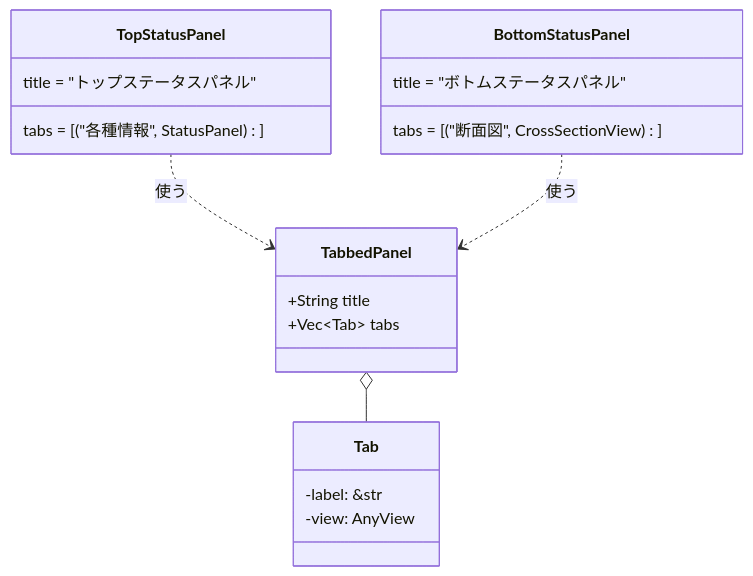
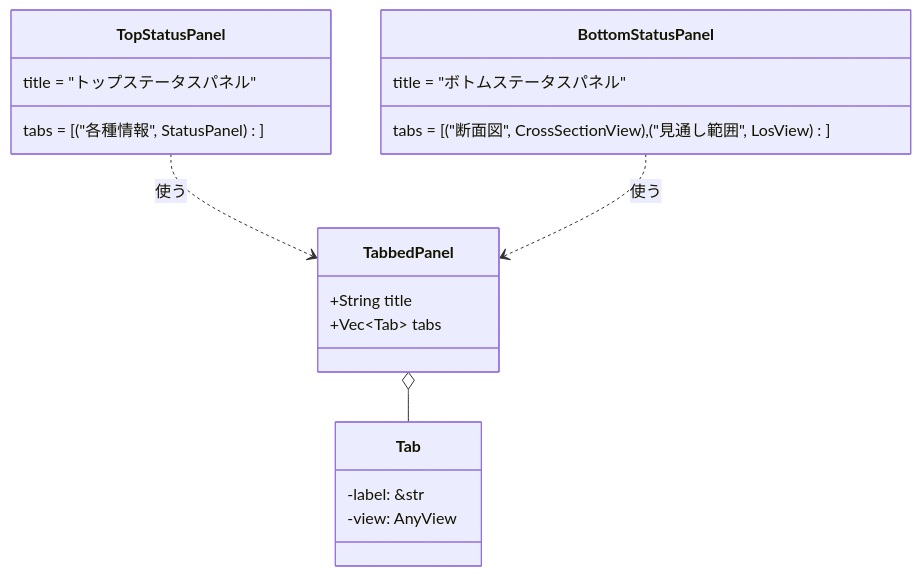
One commit to ham1a6/SimulationView changed diagram 16 of 17 in DETAILED_DESIGN.md. Above: the diagram before and after it, drawn with Mermaid. The commit also changed other lines of this file and 8 other files, not shown here.

````diff
--- a/DETAILED_DESIGN.md
+++ b/DETAILED_DESIGN.md
@@ -976,22 +1020,22 @@
 ```mermaid
 classDiagram
     class TabbedPanel {
         +String title
         +Vec~Tab~ tabs
     }
     class Tab {
         -label: &str
         -view: AnyView
     }
     class TopStatusPanel {
         title = "トップステータスパネル"
         tabs = [("各種情報", StatusPanel)]
     }
     class BottomStatusPanel {
         title = "ボトムステータスパネル"
-        tabs = [("断面図", CrossSectionView)]
+        tabs = [("断面図", CrossSectionView), ("見通し範囲", LosView)]
     }
     TabbedPanel o-- Tab
     TopStatusPanel ..> TabbedPanel : 使う
     BottomStatusPanel ..> TabbedPanel : 使う
 ```
````
